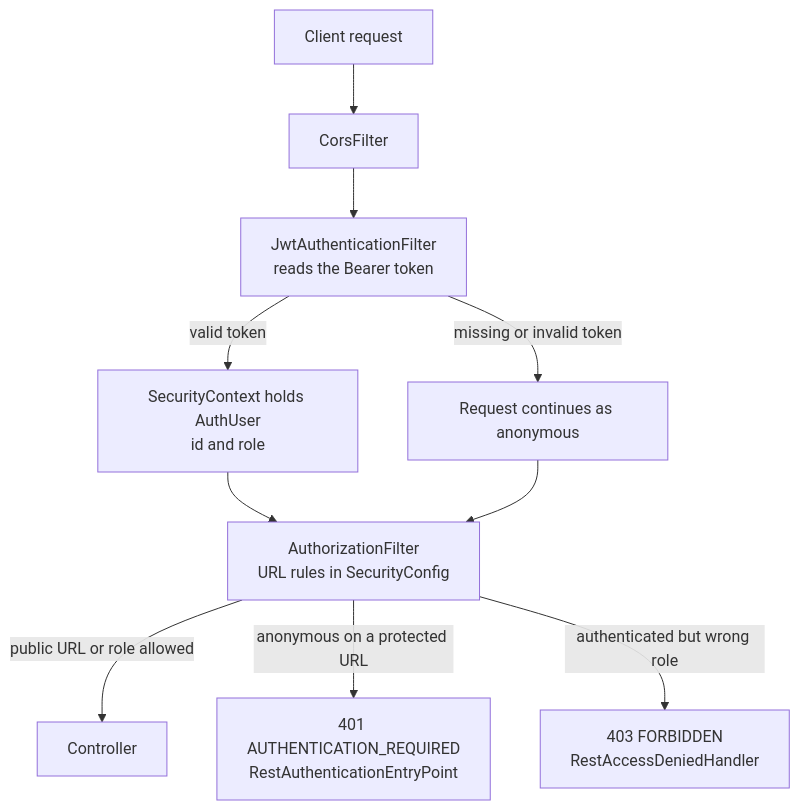
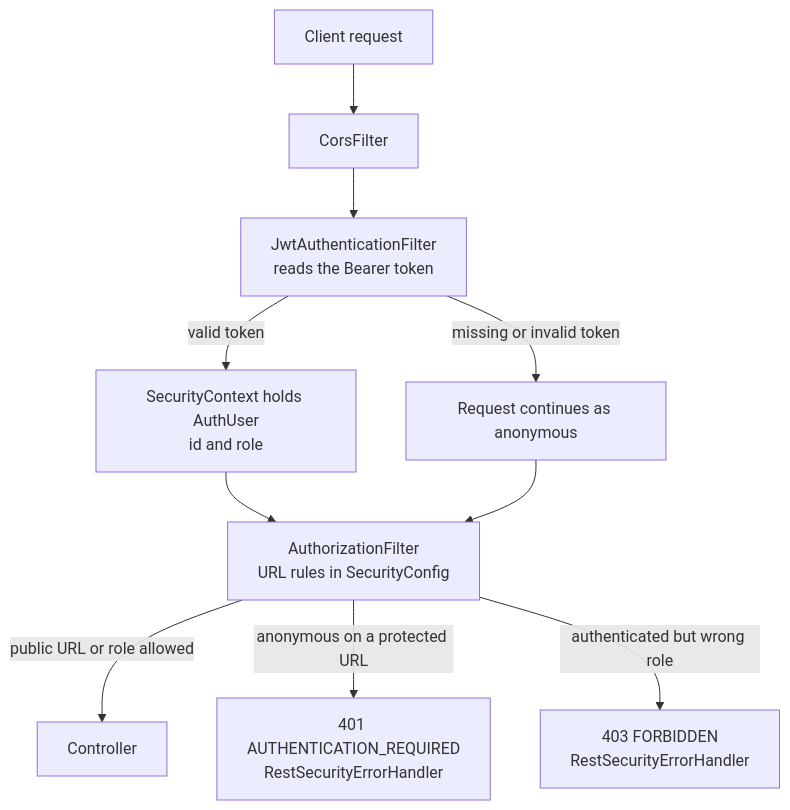
Before and after one commit to e-commercial-marketplace/commerce-platform-docs: the first of 4 diagrams in features/auth/SECURITY_FLOW.md, drawn with Mermaid. The commit also changed other lines of this file and 1 other file, not shown here.

Commit message:
docs(auth): rename security error handler and mention ErrorCode

````diff
--- a/features/auth/SECURITY_FLOW.md
+++ b/features/auth/SECURITY_FLOW.md
@@ -17,12 +17,12 @@
 ```mermaid
 flowchart TD
     Client[Client request] --> Cors[CorsFilter]
     Cors --> Jwt["JwtAuthenticationFilter<br/>reads the Bearer token"]
     Jwt -->|valid token| Ctx["SecurityContext holds AuthUser<br/>id and role"]
     Jwt -->|missing or invalid token| Anon[Request continues as anonymous]
     Ctx --> Rules["AuthorizationFilter<br/>URL rules in SecurityConfig"]
     Anon --> Rules
     Rules -->|public URL or role allowed| Controller[Controller]
-    Rules -->|anonymous on a protected URL| E401["401 AUTHENTICATION_REQUIRED<br/>RestAuthenticationEntryPoint"]
-    Rules -->|authenticated but wrong role| E403["403 FORBIDDEN<br/>RestAccessDeniedHandler"]
+    Rules -->|anonymous on a protected URL| E401["401 AUTHENTICATION_REQUIRED<br/>RestSecurityErrorHandler"]
+    Rules -->|authenticated but wrong role| E403["403 FORBIDDEN<br/>RestSecurityErrorHandler"]
 ```
````
